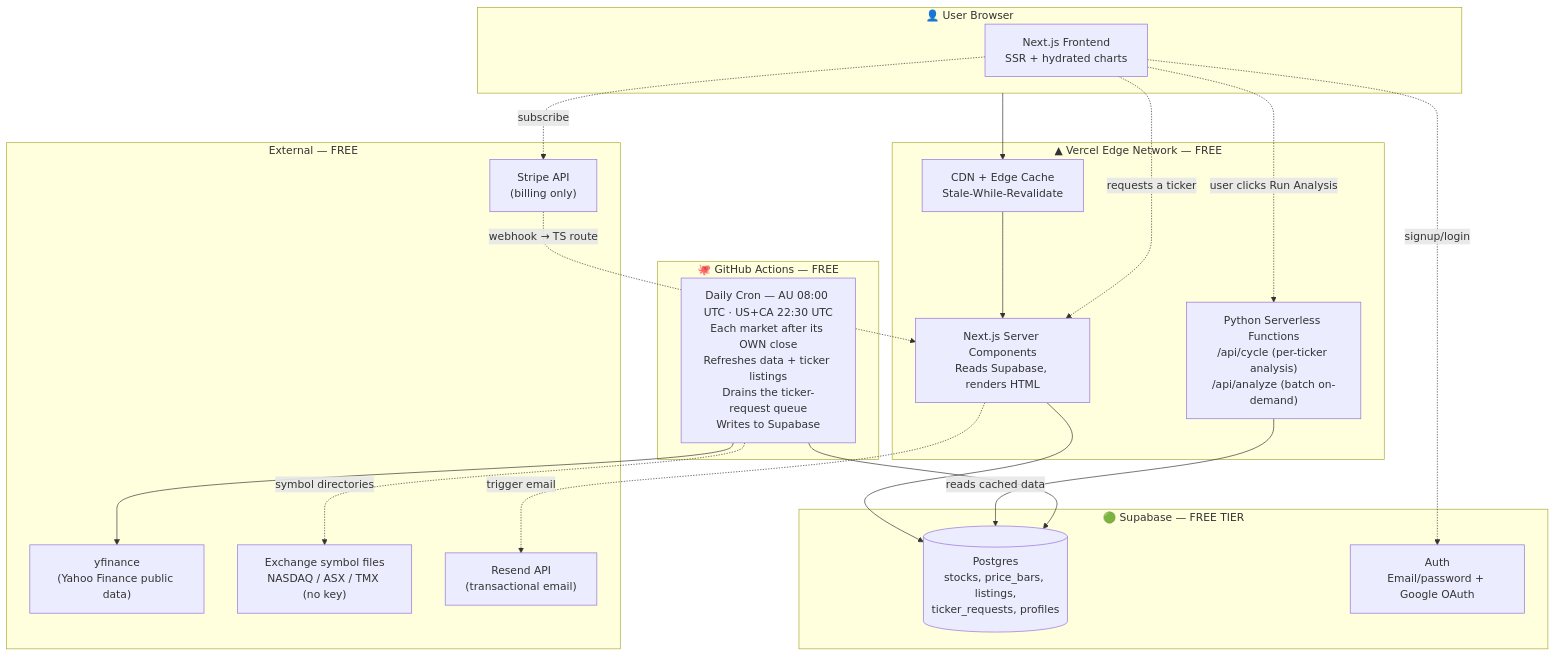
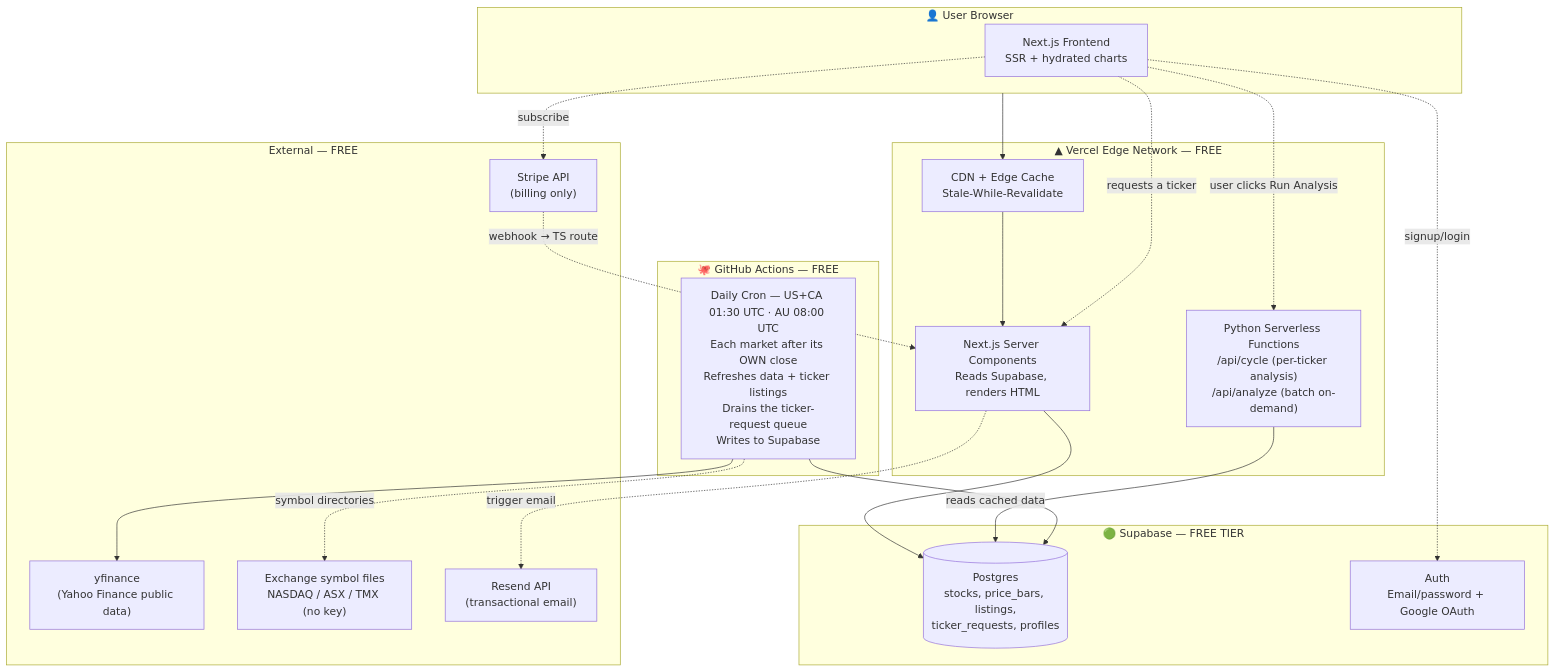
One commit to ayaatnibrasaziz/majorcycle changed the diagram in docs/architecture.md. Above: the diagram before and after it, drawn with Mermaid. The commit also changed other lines of this file and 100 other files, not shown here.

````diff
--- a/docs/architecture.md
+++ b/docs/architecture.md
@@ -13,42 +13,42 @@
 ```mermaid
 flowchart TB
     subgraph User["👤 User Browser"]
         UI["Next.js Frontend<br/>SSR + hydrated charts"]
     end
 
     subgraph Vercel["▲ Vercel Edge Network — FREE"]
         Edge["CDN + Edge Cache<br/>Stale-While-Revalidate"]
         SSR["Next.js Server Components<br/>Reads Supabase, renders HTML"]
         PyFn["Python Serverless Functions<br/>/api/cycle (per-ticker analysis)<br/>/api/analyze (batch on-demand)"]
     end
 
     subgraph Supabase["🟢 Supabase — FREE TIER"]
         DB[("Postgres<br/>stocks, price_bars, listings,<br/>ticker_requests, profiles")]
         Auth["Auth<br/>Email/password + Google OAuth"]
     end
 
     subgraph GHA["🐙 GitHub Actions — FREE"]
-        Cron["Daily Cron — AU 08:00 UTC · US+CA 22:30 UTC<br/>Each market after its OWN close<br/>Refreshes data + ticker listings<br/>Drains the ticker-request queue<br/>Writes to Supabase"]
+        Cron["Daily Cron — US+CA 01:30 UTC · AU 08:00 UTC<br/>Each market after its OWN close<br/>Refreshes data + ticker listings<br/>Drains the ticker-request queue<br/>Writes to Supabase"]
     end
 
     subgraph External["External — FREE"]
         YF["yfinance<br/>(Yahoo Finance public data)"]
         ExchFiles["Exchange symbol files<br/>NASDAQ / ASX / TMX (no key)"]
         Stripe["Stripe API<br/>(billing only)"]
         Resend["Resend API<br/>(transactional email)"]
     end
 
     User --> Edge
     Edge --> SSR
     SSR --> DB
     UI -.->|user clicks Run Analysis| PyFn
     UI -.->|requests a ticker| SSR
     PyFn -->|reads cached data| DB
     Cron --> YF
     Cron -.->|symbol directories| ExchFiles
     Cron --> DB
     UI -.->|signup/login| Auth
     UI -.->|subscribe| Stripe
     Stripe -.->|webhook → TS route| SSR
     SSR -.->|trigger email| Resend
 ```
````
